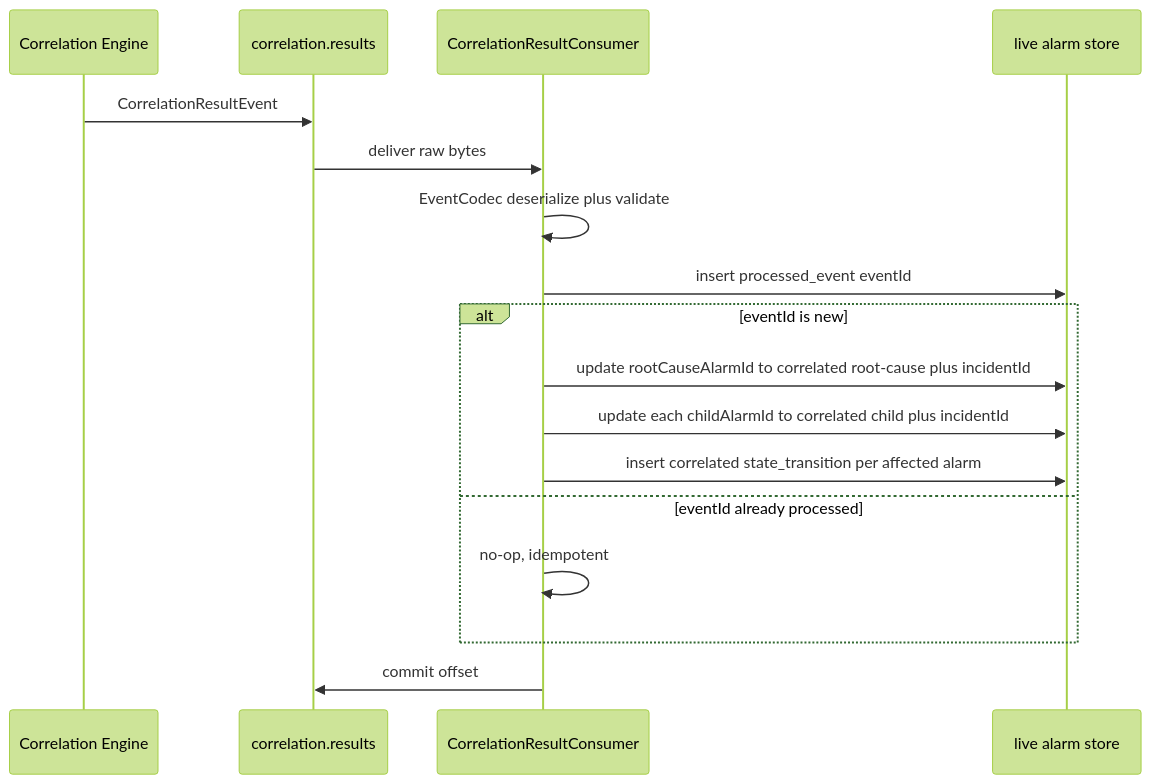
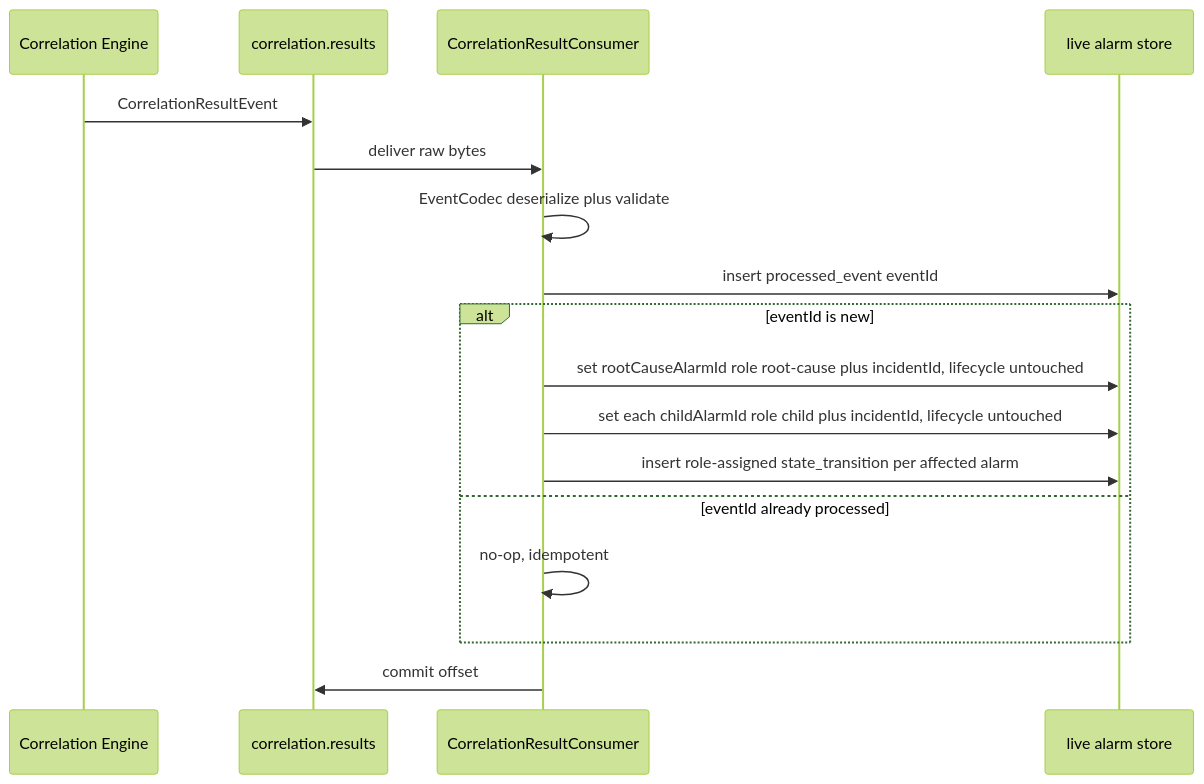
The fifth of 7 diagrams in services/alarm-manager/design.md (nikhilmohan/correlation-platform), drawn with Mermaid (forest theme) before and after one commit. The commit also changed other lines of this file, not shown here.

First line of the commit message:
design(alarm-manager): consume AlarmStatusChange as canonical status-sync channel

````diff
--- a/services/alarm-manager/design.md
+++ b/services/alarm-manager/design.md
@@ -319,19 +461,19 @@
 ```mermaid
 sequenceDiagram
   participant CE as Correlation Engine
   participant K as correlation.results
   participant AM as CorrelationResultConsumer
   participant DB as live alarm store
   CE->>K: CorrelationResultEvent
   K->>AM: deliver raw bytes
   AM->>AM: EventCodec deserialize plus validate
   AM->>DB: insert processed_event eventId
   alt eventId is new
-    AM->>DB: update rootCauseAlarmId to correlated root-cause plus incidentId
-    AM->>DB: update each childAlarmId to correlated child plus incidentId
-    AM->>DB: insert correlated state_transition per affected alarm
+    AM->>DB: set rootCauseAlarmId role root-cause plus incidentId, lifecycle untouched
+    AM->>DB: set each childAlarmId role child plus incidentId, lifecycle untouched
+    AM->>DB: insert role-assigned state_transition per affected alarm
   else eventId already processed
     AM->>AM: no-op, idempotent
   end
   AM->>K: commit offset
 ```
````
